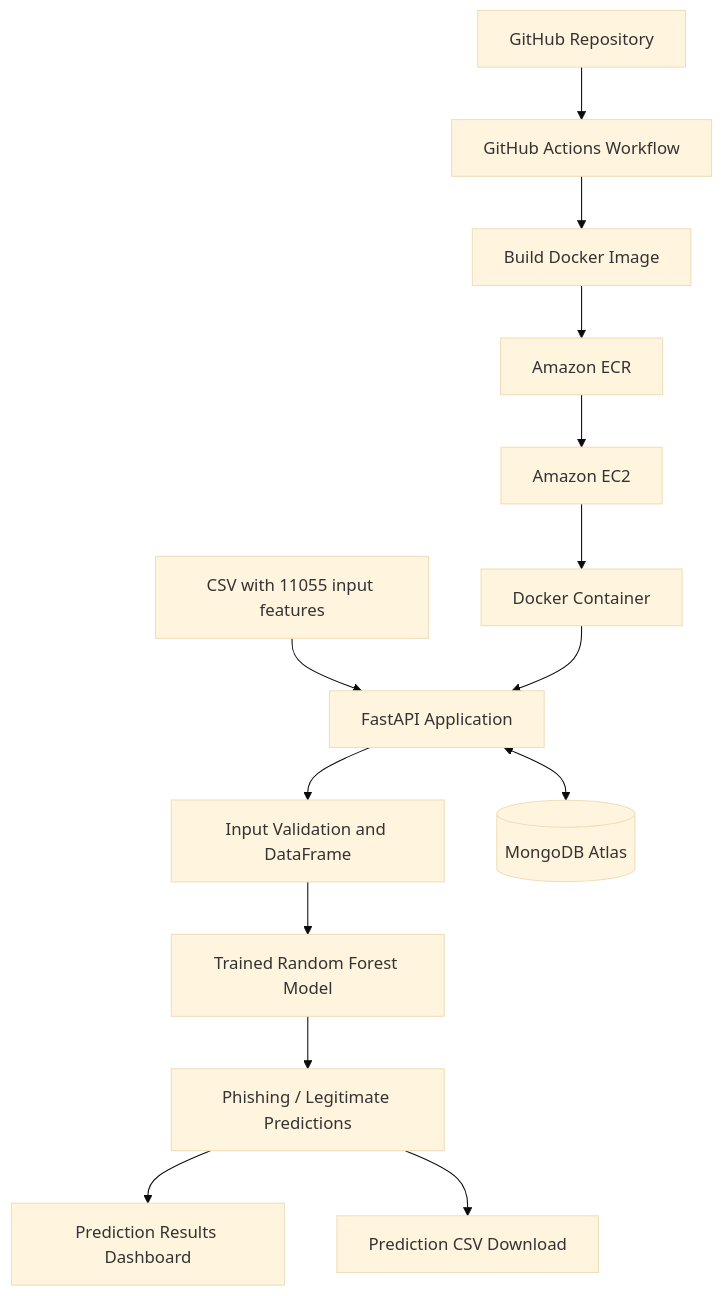
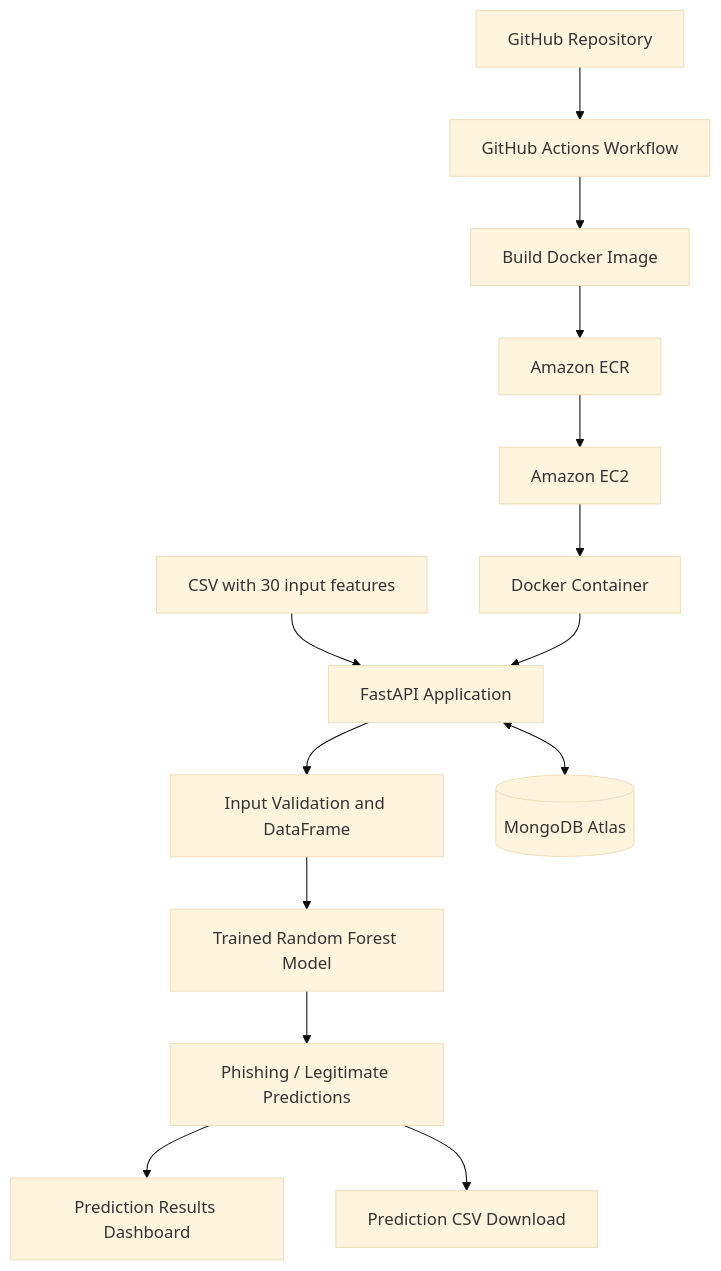
One commit to Ravinuthala-Venkata-Siva-Prasad/Network-Security changed the first of 2 diagrams in README.md. Above: the diagram before and after it, drawn with Mermaid (base theme). The commit also changed other lines of this file, not shown here.

````diff
--- a/README.md
+++ b/README.md
@@ -63,16 +63,16 @@
 ```mermaid
 flowchart TD
-    A[CSV with 11055 input features] --> B[FastAPI Application]
+    A[CSV with 30 input features] --> B[FastAPI Application]
     B --> C[Input Validation and DataFrame]
     C --> D[Trained Random Forest Model]
     D --> E[Phishing / Legitimate Predictions]
     E --> F[Prediction Results Dashboard]
     E --> G[Prediction CSV Download]
     B <--> H[(MongoDB Atlas)]
     I[GitHub Repository] --> J[GitHub Actions Workflow]
     J --> K[Build Docker Image]
     K --> L[Amazon ECR]
     L --> M[Amazon EC2]
     M --> N[Docker Container]
     N --> B
 ```
````
